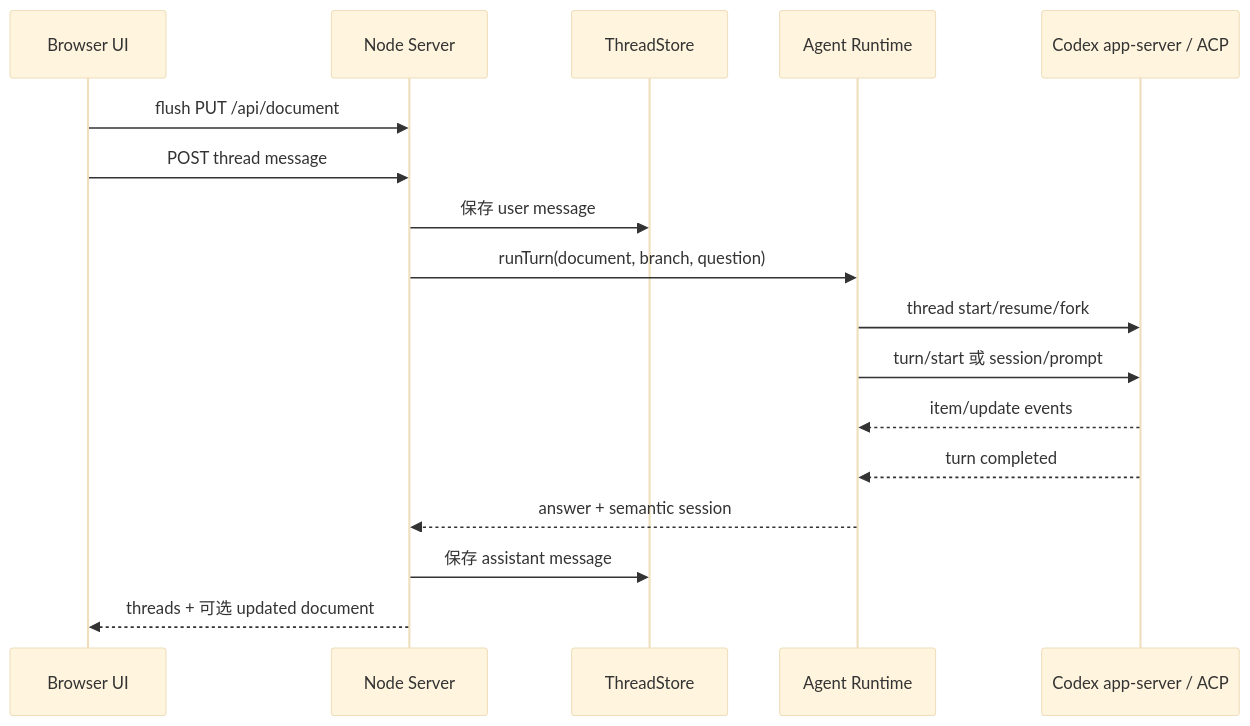
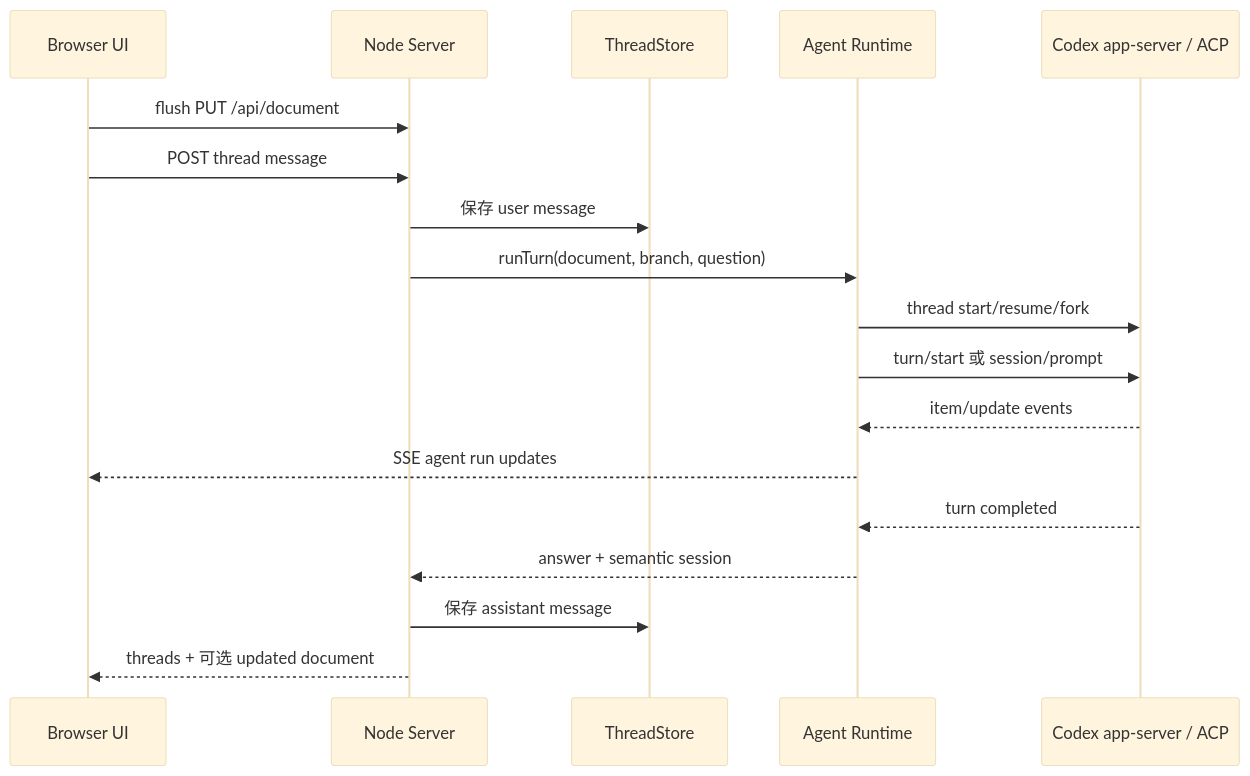
Before and after one commit to GatewayJ/Xuanniao: the second of 2 diagrams in prd.md, drawn with Mermaid (base theme). The commit also changed other lines of this file and 29 other files, not shown here.

````diff
--- a/prd.md
+++ b/prd.md
@@ -230,20 +231,21 @@
 ```mermaid
 sequenceDiagram
   participant UI as Browser UI
   participant API as Node Server
   participant Store as ThreadStore
   participant Runtime as Agent Runtime
   participant Codex as Codex app-server / ACP
 
   UI->>API: flush PUT /api/document
   UI->>API: POST thread message
   API->>Store: 保存 user message
   API->>Runtime: runTurn(document, branch, question)
   Runtime->>Codex: thread start/resume/fork
   Runtime->>Codex: turn/start 或 session/prompt
   Codex-->>Runtime: item/update events
+  Runtime-->>UI: SSE agent run updates
   Codex-->>Runtime: turn completed
   Runtime-->>API: answer + semantic session
   API->>Store: 保存 assistant message
   API-->>UI: threads + 可选 updated document
 ```
````
